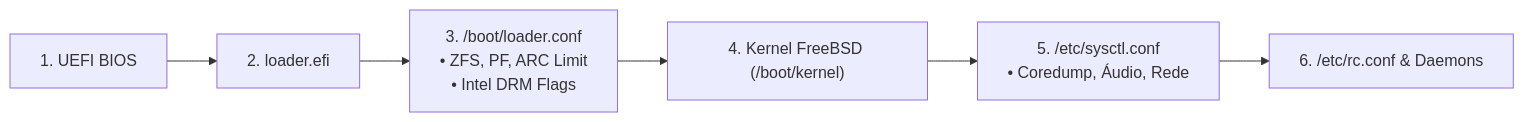
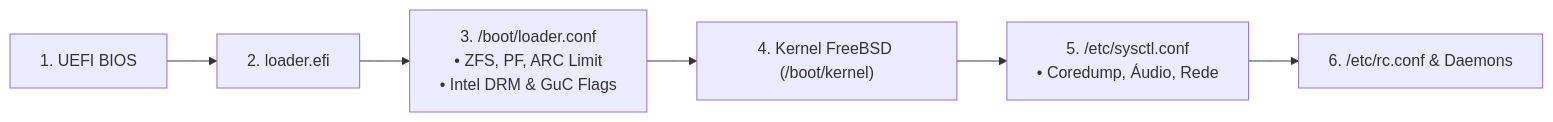
The diagram in docs/freebsd/01-kernel-boot-e-loader.md (GabrielFrigo4/environment), drawn with Mermaid before and after one commit. The commit also changed other lines of this file and 5 other files, not shown here.

````diff
--- a/docs/freebsd/01-kernel-boot-e-loader.md
+++ b/docs/freebsd/01-kernel-boot-e-loader.md
@@ -14,8 +14,8 @@
 ```mermaid
 flowchart LR
     UEFI["1. UEFI BIOS"] --> LOADER["2. loader.efi"]
-    LOADER --> CONF["3. /boot/loader.conf<br/>• ZFS, PF, ARC Limit<br/>• Intel DRM Flags"]
+    LOADER --> CONF["3. /boot/loader.conf<br/>• ZFS, PF, ARC Limit<br/>• Intel DRM & GuC Flags"]
     CONF --> KERN["4. Kernel FreeBSD (/boot/kernel)"]
     KERN --> SYSCTL["5. /etc/sysctl.conf<br/>• Coredump, Áudio, Rede"]
     SYSCTL --> RC["6. /etc/rc.conf & Daemons"]
 ```
````
